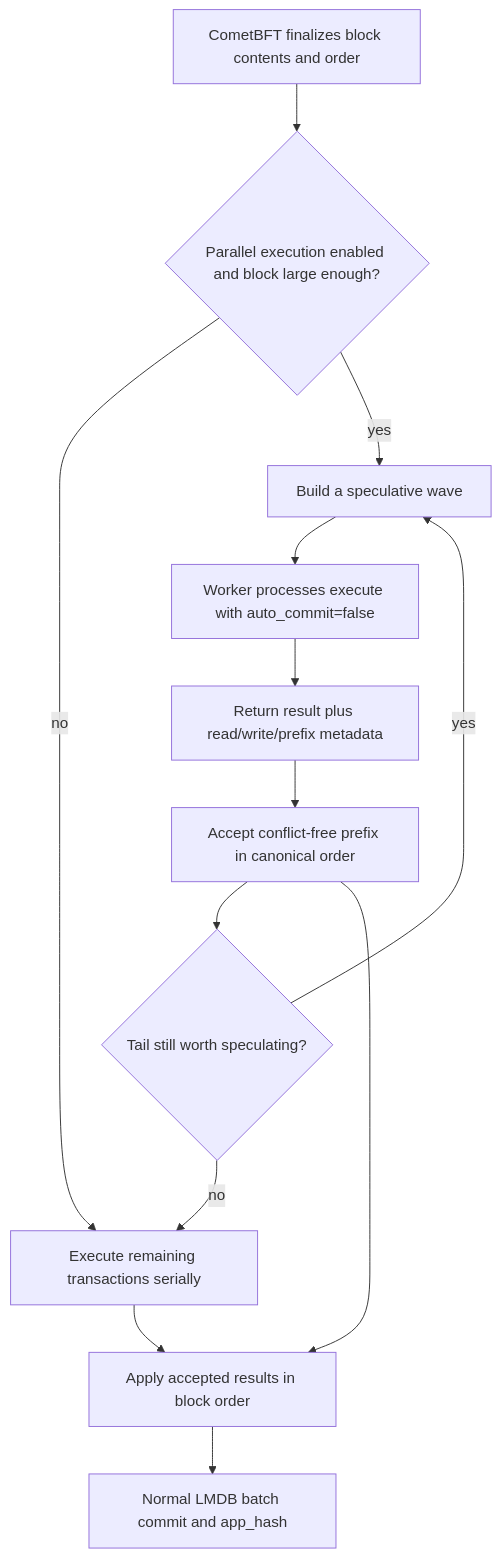
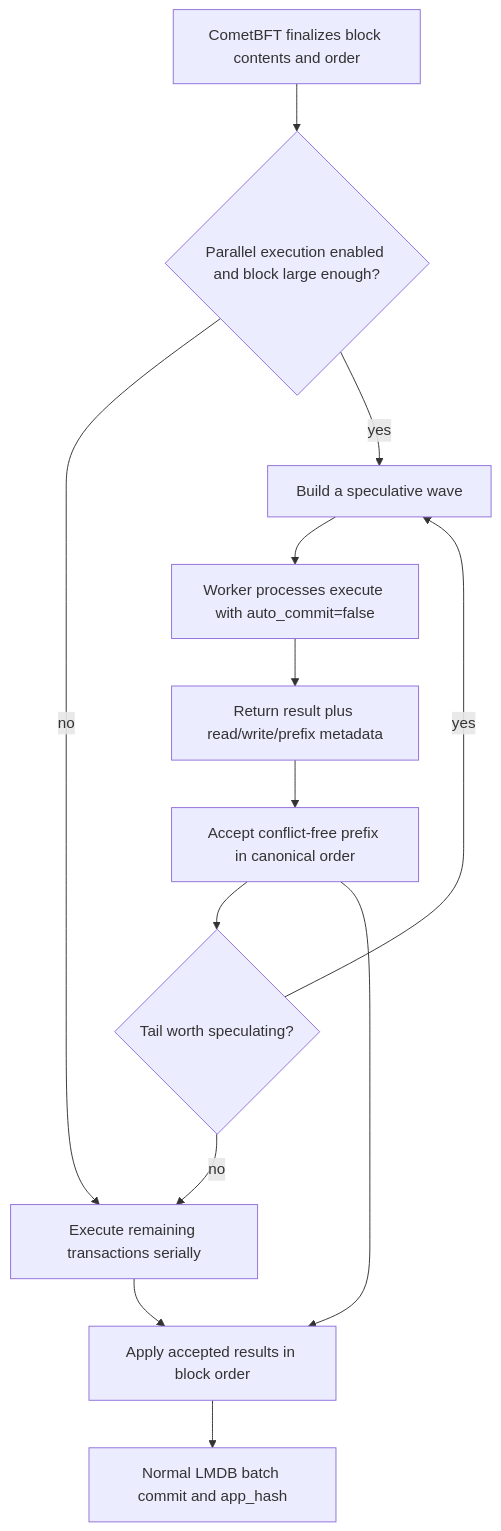
Before and after one commit to xian-technology/xian-docs-web: the diagram in concepts/parallel-block-execution.md, drawn with Mermaid. The commit also changed other lines of this file and 24 other files, not shown here.

````diff
--- a/concepts/parallel-block-execution.md
+++ b/concepts/parallel-block-execution.md
@@ -41,26 +41,26 @@
 ```mermaid
 flowchart TD
   Block["CometBFT finalizes block contents and order"]
   Gate{"Parallel execution enabled and block large enough?"}
   Serial["Execute remaining transactions serially"]
   Wave["Build a speculative wave"]
   Workers["Worker processes execute with auto_commit=false"]
   Metadata["Return result plus read/write/prefix metadata"]
   Accept["Accept conflict-free prefix in canonical order"]
-  Tail{"Tail still worth speculating?"}
+  Tail{"Tail worth speculating?"}
   Apply["Apply accepted results in block order"]
   Commit["Normal LMDB batch commit and app_hash"]
 
   Block --> Gate
   Gate -->|no| Serial
   Gate -->|yes| Wave
   Wave --> Workers
   Workers --> Metadata
   Metadata --> Accept
   Accept --> Tail
   Tail -->|yes| Wave
   Tail -->|no| Serial
   Accept --> Apply
   Serial --> Apply
   Apply --> Commit
 ```
````
